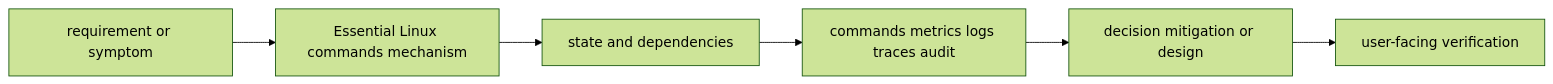
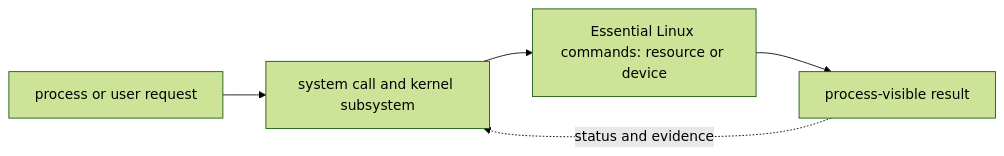
One commit to tomkidumbuyo/DevOps-interview-preparation changed the diagram in 02-linux/12-essential-linux-commands/README.md. Above: the diagram before and after it, drawn with Mermaid (forest theme). The commit also changed other lines of this file and 753 other files, not shown here.

````diff
--- a/02-linux/12-essential-linux-commands/README.md
+++ b/02-linux/12-essential-linux-commands/README.md
@@ -21,8 +31,7 @@
 ```mermaid
 flowchart LR
-  R[requirement or symptom] --> M[Essential Linux commands mechanism]
-  M --> S[state and dependencies]
-  S --> O[commands metrics logs traces audit]
-  O --> D[decision mitigation or design]
-  D --> V[user-facing verification]
+  A["process or user request"] --> B["system call and kernel subsystem"]
+  B --> C["Essential Linux commands: resource or device"]
+  C --> D["process-visible result"]
+  D -. "status and evidence" .-> B
 ```
````
